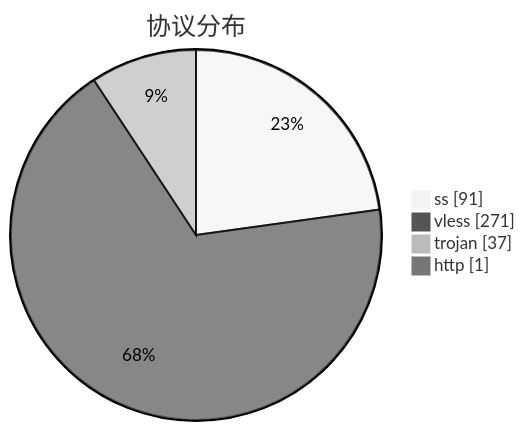
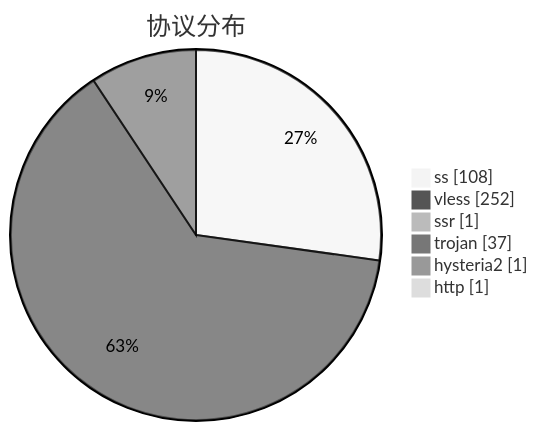
The third of 3 diagrams in subs/statistics/tested_within.md (qjlxg/airport), drawn with Mermaid (neutral theme) before and after one commit. The commit also changed other lines of this file and 2 other files, not shown here.

````diff
--- a/subs/statistics/tested_within.md
+++ b/subs/statistics/tested_within.md
@@ -19,8 +19,10 @@
 ```mermaid
 pie showData
 title 协议分布
-"ss" : 91
-"vless" : 271
+"ss" : 108
+"vless" : 252
+"ssr" : 1
 "trojan" : 37
+"hysteria2" : 1
 "http" : 1
 ```
````
